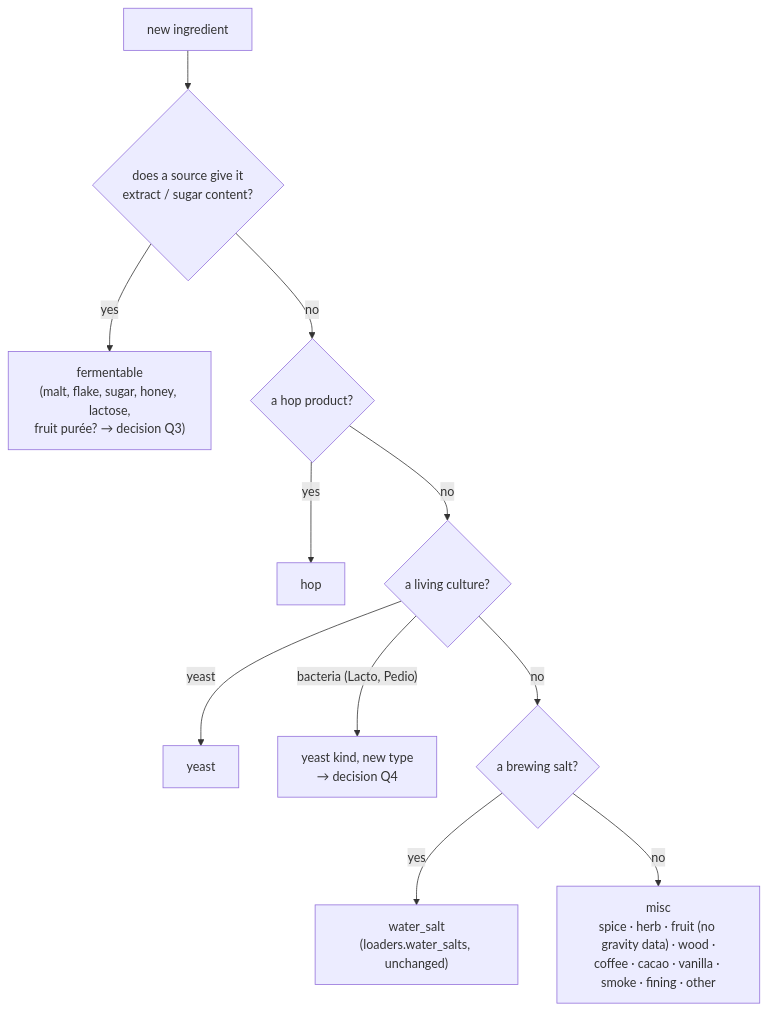
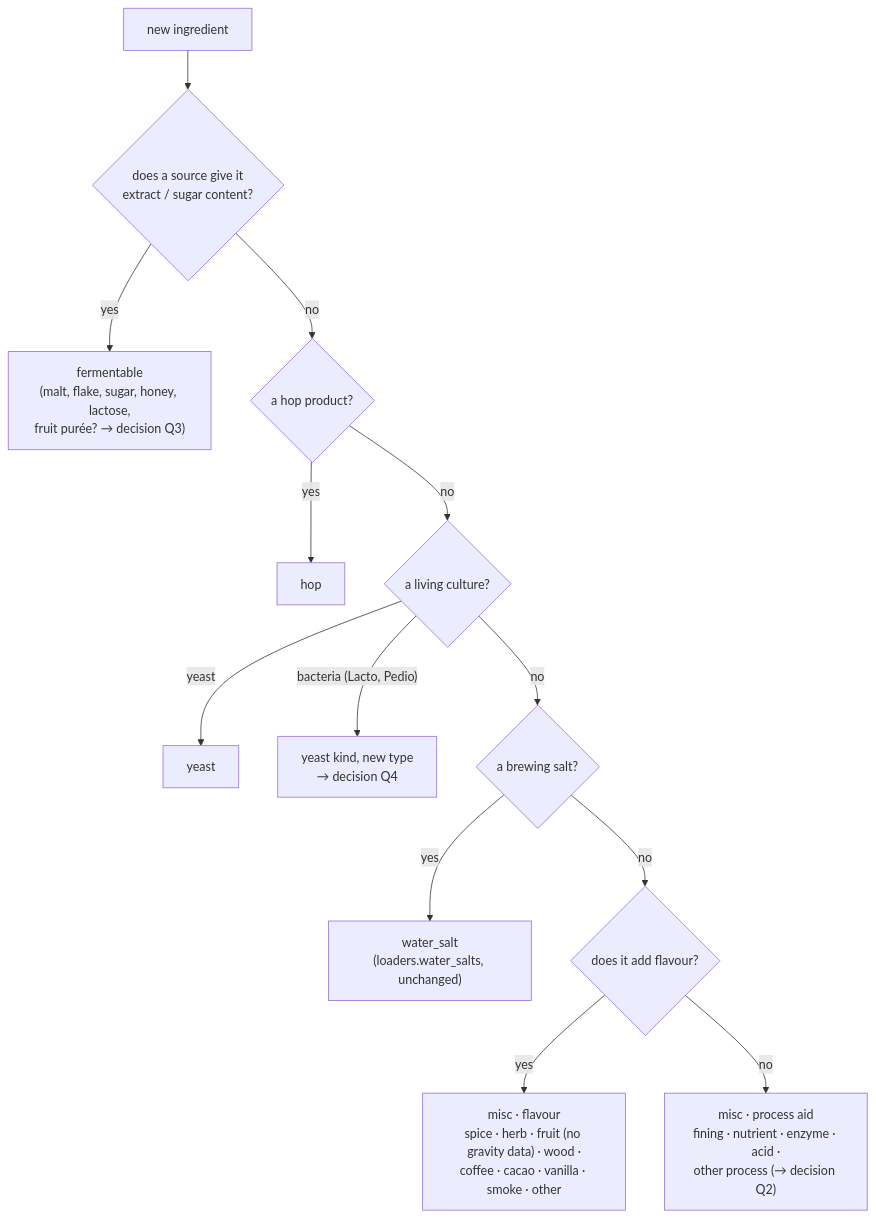
One commit to badacsonyigorenyember/homebrew_ai changed the second of 4 diagrams in docs/INGREDIENT-INTAKE.md. Above: the diagram before and after it, drawn with Mermaid. The commit also changed other lines of this file and 1 other file, not shown here.

````diff
--- a/docs/INGREDIENT-INTAKE.md
+++ b/docs/INGREDIENT-INTAKE.md
@@ -138,13 +149,15 @@
 ```mermaid
 flowchart TD
     A["new ingredient"] --> B{"does a source give it<br/>extract / sugar content?"}
     B -- yes --> F["fermentable<br/>(malt, flake, sugar, honey, lactose,<br/>fruit purée? → decision Q3)"]
     B -- no --> C{"a hop product?"}
     C -- yes --> H["hop"]
     C -- no --> D{"a living culture?"}
     D -- "yeast" --> Y["yeast"]
     D -- "bacteria (Lacto, Pedio)" --> Y2["yeast kind, new type<br/>→ decision Q4"]
     D -- no --> E{"a brewing salt?"}
     E -- yes --> W["water_salt<br/>(loaders.water_salts, unchanged)"]
-    E -- no --> M["misc<br/>spice · herb · fruit (no gravity data) · wood ·<br/>coffee · cacao · vanilla · smoke · fining · other"]
+    E -- no --> G{"does it add flavour?"}
+    G -- yes --> MF["misc · flavour<br/>spice · herb · fruit (no gravity data) · wood ·<br/>coffee · cacao · vanilla · smoke · other"]
+    G -- no --> MP["misc · process aid<br/>fining · nutrient · enzyme · acid ·<br/>other process (→ decision Q2)"]
 ```
````
